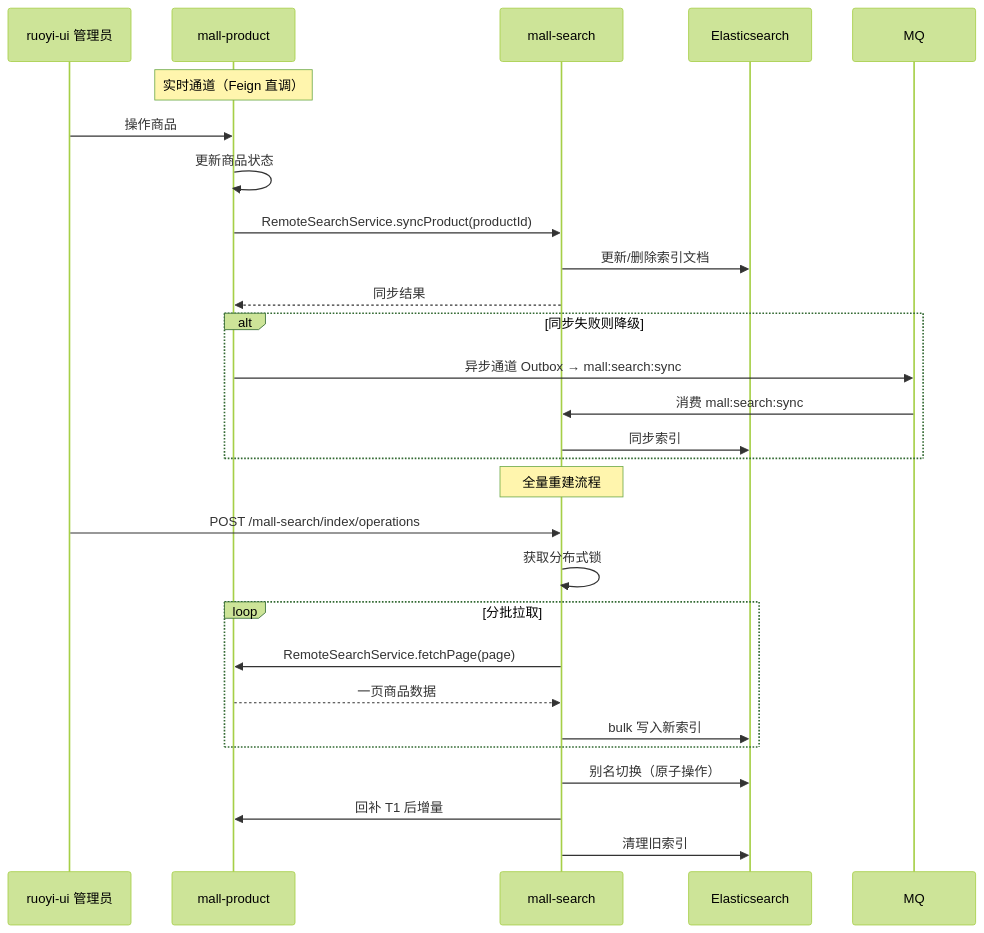
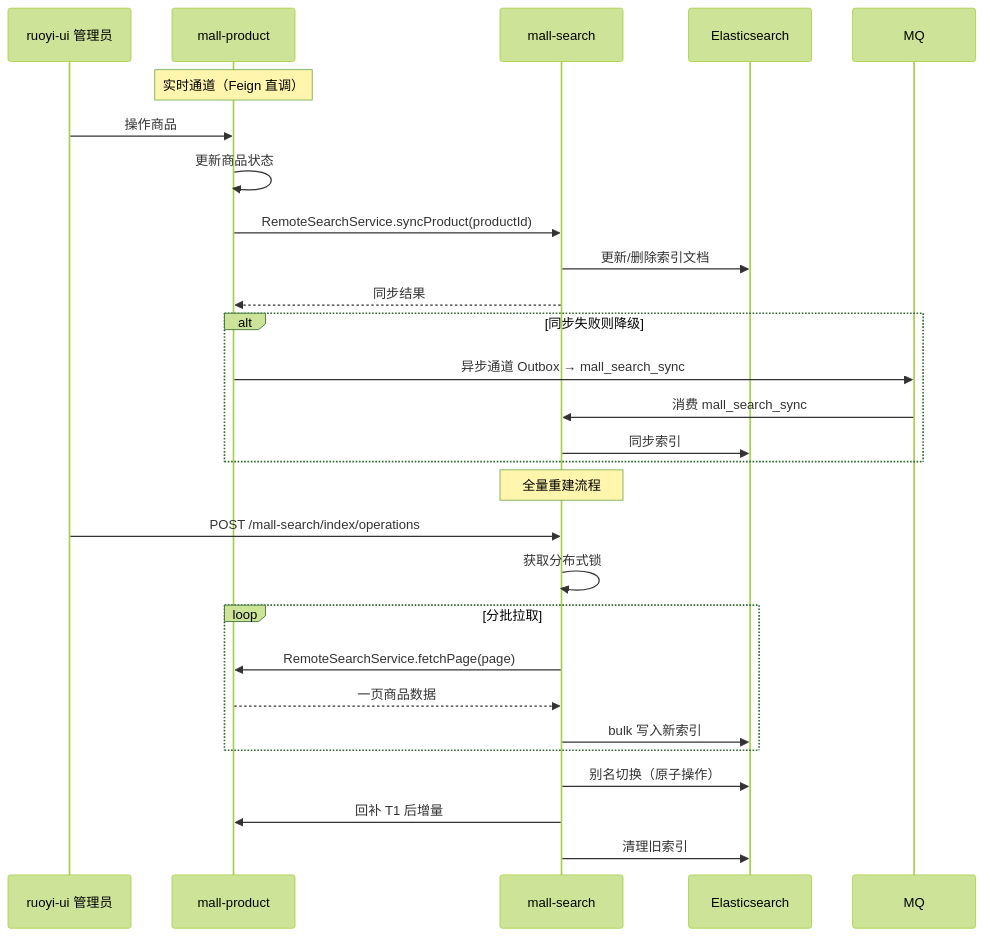
Before and after one commit to 1016297824/JH-Mall: diagram 12 of 12 in docs/design/03_05_系统详细设计-核心业务详细流程.md, drawn with Mermaid (forest theme). The commit also changed other lines of this file and 20 other files, not shown here.

````diff
--- a/docs/design/03_05_系统详细设计-核心业务详细流程.md
+++ b/docs/design/03_05_系统详细设计-核心业务详细流程.md
@@ -485,33 +485,33 @@
 ```mermaid
 sequenceDiagram
     participant Admin as ruoyi-ui 管理员
     participant P as mall-product
     participant S as mall-search
     participant ES as Elasticsearch
     participant MQ as MQ
 
     Note over P: 实时通道（Feign 直调）
     Admin->>P: 操作商品
     P->>P: 更新商品状态
     P->>S: RemoteSearchService.syncProduct(productId)
     S->>ES: 更新/删除索引文档
     S-->>P: 同步结果
 
     alt 同步失败则降级
-        P->>MQ: 异步通道 Outbox → mall:search:sync
-        MQ->>S: 消费 mall:search:sync
+        P->>MQ: 异步通道 Outbox → mall_search_sync
+        MQ->>S: 消费 mall_search_sync
         S->>ES: 同步索引
     end
 
     Note over S: 全量重建流程
     Admin->>S: POST /mall-search/index/operations
     S->>S: 获取分布式锁
     loop 分批拉取
         S->>P: RemoteSearchService.fetchPage(page)
         P-->>S: 一页商品数据
         S->>ES: bulk 写入新索引
     end
     S->>ES: 别名切换（原子操作）
     S->>P: 回补 T1 后增量
     S->>ES: 清理旧索引
 ```
````
